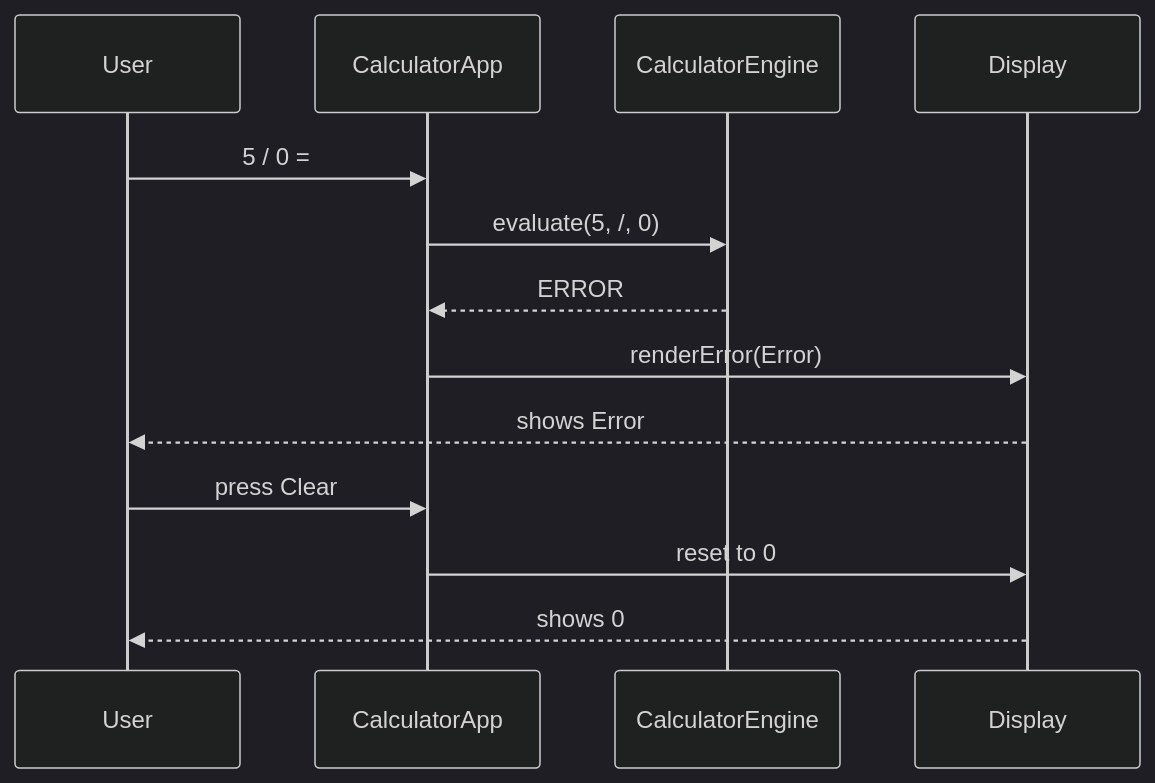
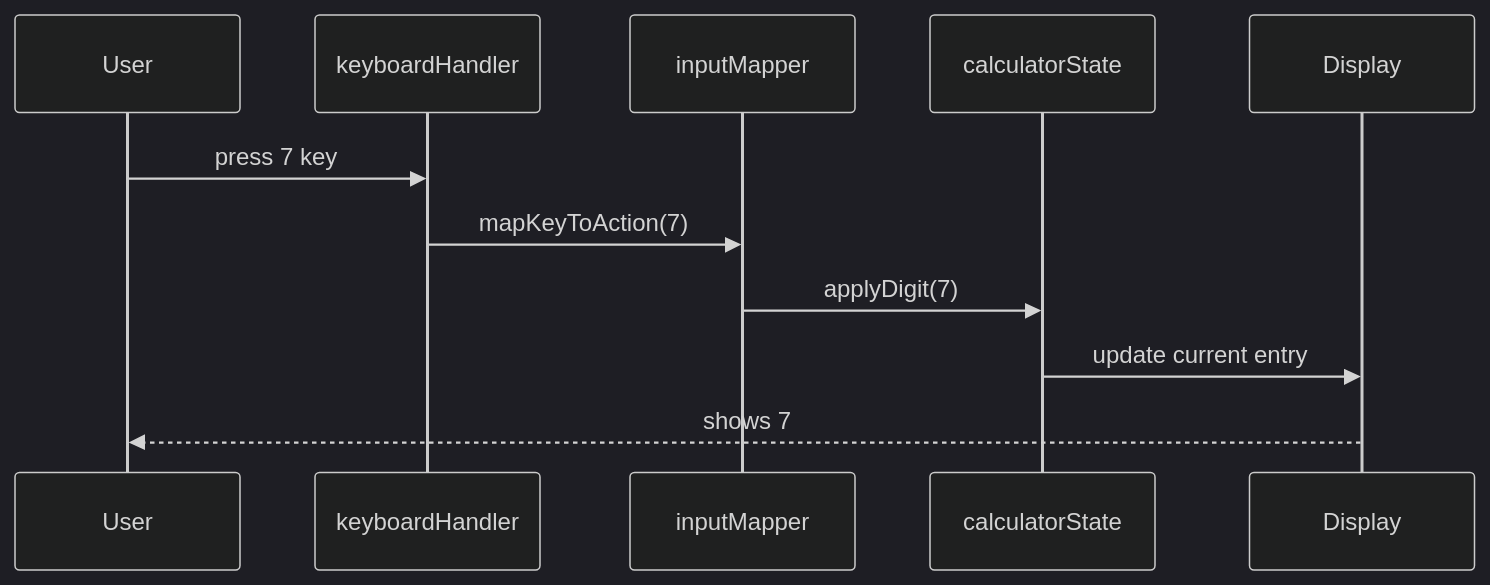
One commit to satya1802/simple-calculator-2 changed the third of 5 diagrams in docs/sdlc/architecture/README.md. Above: the diagram before and after it, drawn with Mermaid (dark theme). The commit also changed other lines of this file and 8 other files, not shown here.

````diff
--- a/docs/sdlc/architecture/README.md
+++ b/docs/sdlc/architecture/README.md
@@ -192,15 +175,13 @@
 ```mermaid
 sequenceDiagram
   participant User
-  participant App as CalculatorApp
-  participant Engine as CalculatorEngine
+  participant Keyboard as keyboardHandler
+  participant Mapper as inputMapper
+  participant State as calculatorState
   participant Display
-  User->>App: 5 / 0 =
-  App->>Engine: evaluate(5, /, 0)
-  Engine-->>App: ERROR
-  App->>Display: renderError(Error)
-  Display-->>User: shows Error
-  User->>App: press Clear
-  App->>Display: reset to 0
-  Display-->>User: shows 0
+  User->>Keyboard: press 7 key
+  Keyboard->>Mapper: mapKeyToAction(7)
+  Mapper->>State: applyDigit(7)
+  State->>Display: update current entry
+  Display-->>User: shows 7
 ```
````
